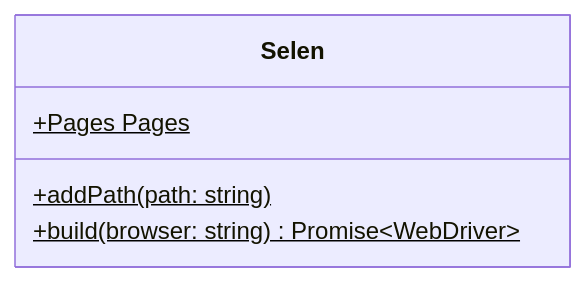
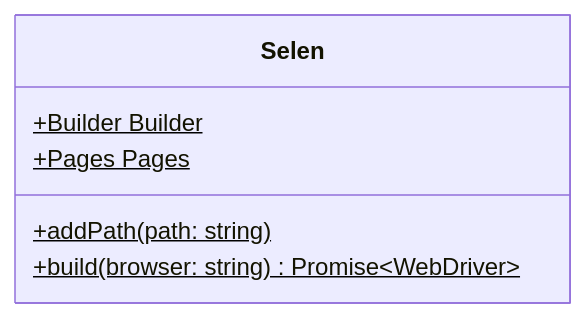
One commit to tomsdoo/selenium-pages changed the diagram in docs/md/selen/index.md. Above: the diagram before and after it, drawn with Mermaid. The commit also changed other lines of this file and 1 other file, not shown here.

First line of the commit message:
Selen.Builder is added (#55)

````diff
--- a/docs/md/selen/index.md
+++ b/docs/md/selen/index.md
@@ -5,9 +5,10 @@
 ``` mermaid
 classDiagram
 
 class Selen {
+  +Builder Builder$
   +Pages Pages$
   +addPath(path: string)$
   +build(browser: string)$ Promise~WebDriver~
 }
 ```
````
